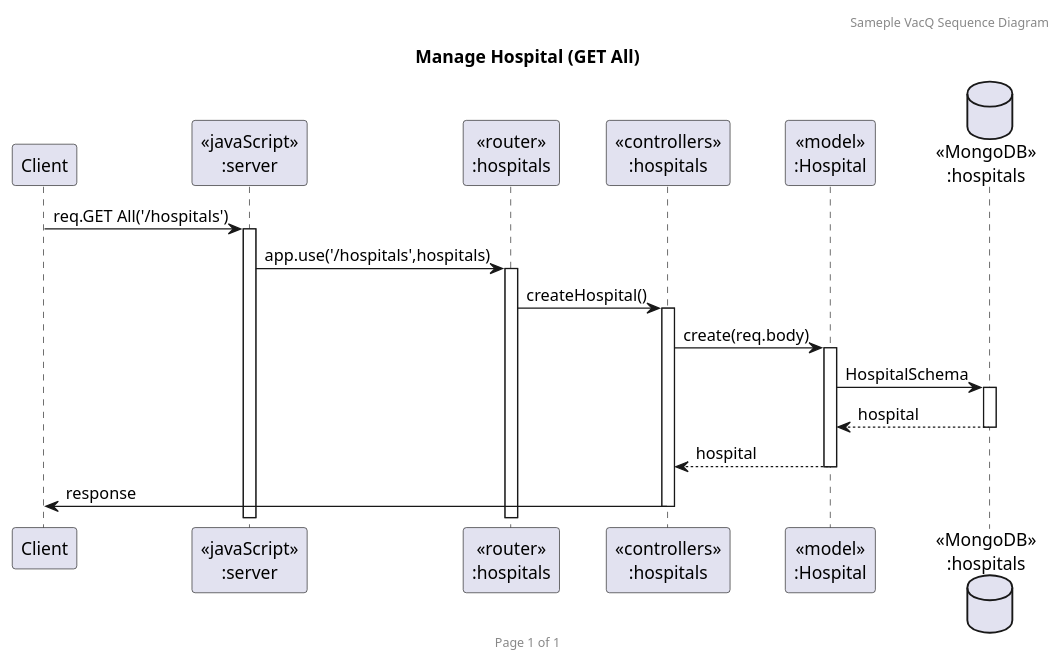
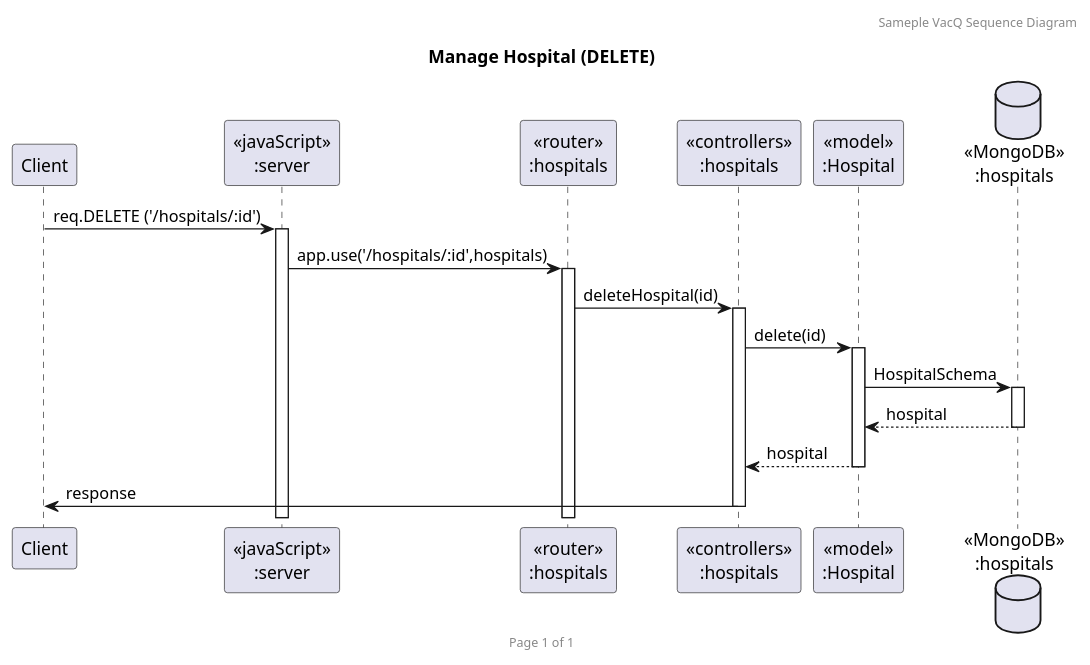
The diagram in uc.puml (vichayabhas/6633227421), drawn with PlantUML before and after one commit. The commit also changed 102 other files, not shown here.

```diff
--- a/uc.puml
+++ b/uc.puml
@@ -1,23 +1,23 @@
-@startuml Manage Hospital (POST)
+@startuml Manage Hospital (DELETE)
 
 header Sameple VacQ Sequence Diagram
 footer Page %page% of %lastpage%
-title "Manage Hospital (GET All)"
+title "Manage Hospital (DELETE)"
 
 participant "Client" as client
 participant "<<javaScript>>\n:server" as server
 participant "<<router>>\n:hospitals" as routerHospitals
 participant "<<controllers>>\n:hospitals" as controllersHospitals
 participant "<<model>>\n:Hospital" as modelHospital
 database "<<MongoDB>>\n:hospitals" as HospitalsDatabase
 
-client->server ++:req.GET All('/hospitals')
-server->routerHospitals ++:app.use('/hospitals',hospitals)
-routerHospitals -> controllersHospitals ++:createHospital()
-controllersHospitals->modelHospital ++:create(req.body)
+client->server ++:req.DELETE ('/hospitals/:id')
+server->routerHospitals ++:app.use('/hospitals/:id',hospitals)
+routerHospitals -> controllersHospitals ++:deleteHospital(id)
+controllersHospitals->modelHospital ++:delete(id)
 modelHospital ->HospitalsDatabase ++: HospitalSchema
 HospitalsDatabase --> modelHospital --: hospital
 controllersHospitals <-- modelHospital --:hospital
 controllersHospitals->client --:response
 
 @enduml
```
